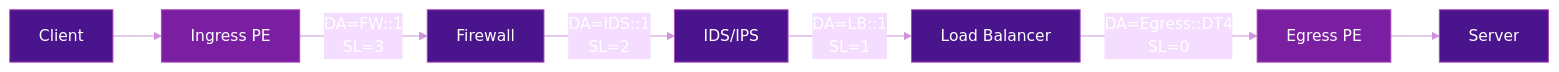
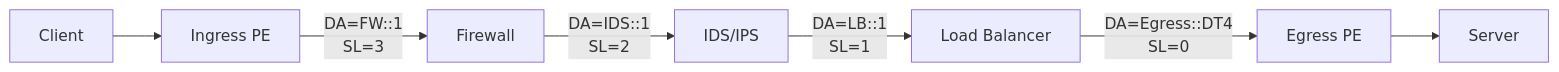
The first of 2 diagrams in docs/use-cases/service-chaining.md (eldaninavas/srv6.md), drawn with Mermaid before and after one commit. The commit also changed other lines of this file and 29 other files, not shown here.

First line of the commit message:
fix(mermaid): apply theme-aware colors site-wide

````diff
--- a/docs/use-cases/service-chaining.md
+++ b/docs/use-cases/service-chaining.md
@@ -51,18 +51,9 @@
 ```mermaid
-%%{init: {"theme": "base", "themeVariables": {"primaryTextColor": "#fff", "lineColor": "#ce93d8", "textColor": "#fff"}}}%%
 graph LR
     C[Client] --> I[Ingress PE]
     I -->|"DA=FW::1<br/>SL=3"| FW[Firewall]
     FW -->|"DA=IDS::1<br/>SL=2"| IDS[IDS/IPS]
     IDS -->|"DA=LB::1<br/>SL=1"| LB[Load Balancer]
     LB -->|"DA=Egress::DT4<br/>SL=0"| E[Egress PE]
     E --> S[Server]
-
-    style C fill:#4a148c,color:#fff,stroke:#ab47bc
-    style S fill:#4a148c,color:#fff,stroke:#ab47bc
-    style I fill:#7b1fa2,color:#fff,stroke:#ab47bc
-    style E fill:#7b1fa2,color:#fff,stroke:#ab47bc
-    style FW fill:#4a148c,color:#fff,stroke:#ab47bc
-    style IDS fill:#4a148c,color:#fff,stroke:#ab47bc
-    style LB fill:#4a148c,color:#fff,stroke:#ab47bc
 ```
````
